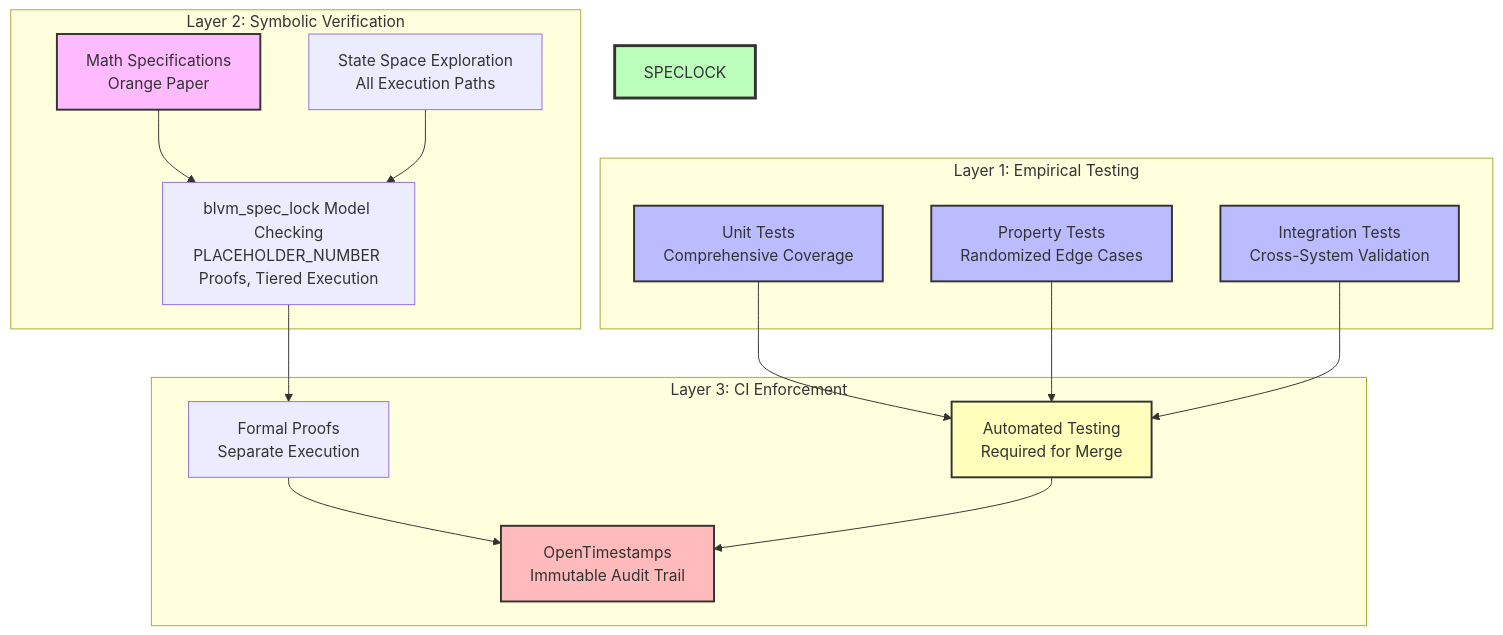
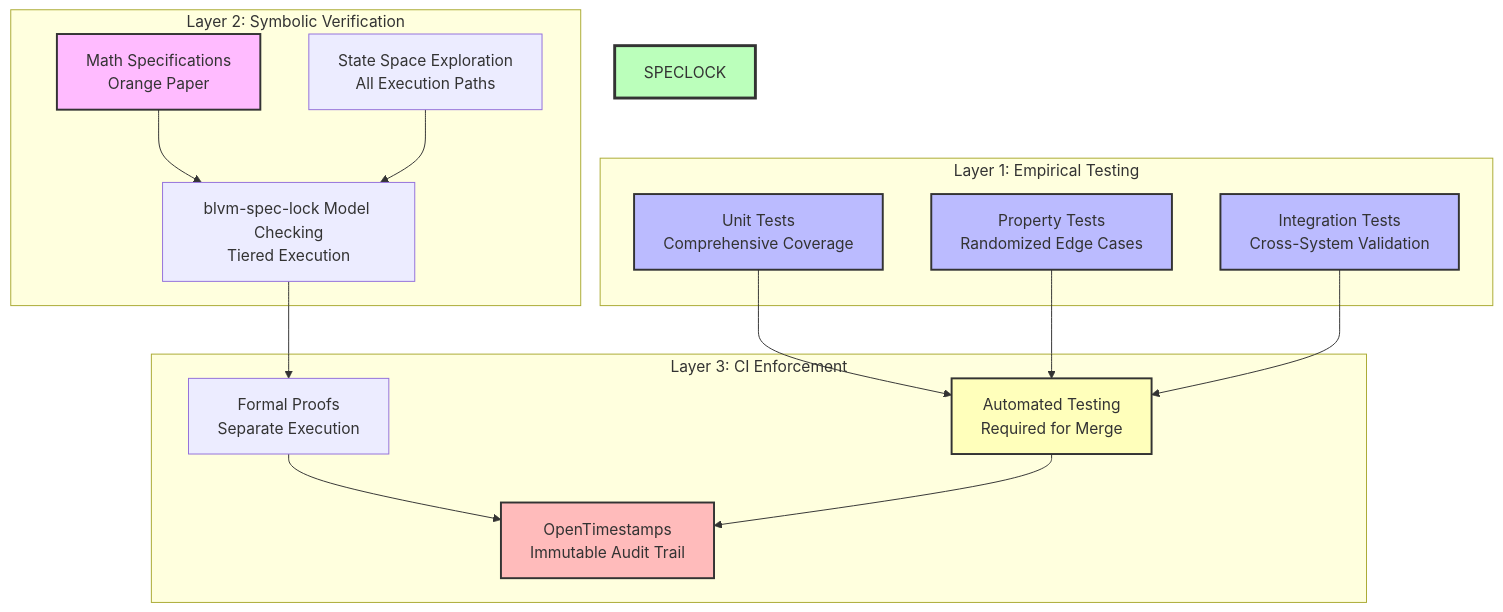
Before and after one commit to BTCDecoded/blvm-docs: the diagram in src/consensus/formal-verification.md, drawn with Mermaid. The commit also changed other lines of this file and 31 other files, not shown here.

````diff
--- a/src/consensus/formal-verification.md
+++ b/src/consensus/formal-verification.md
@@ -9,39 +9,39 @@
 ```mermaid
 graph TB
     subgraph "Layer 1: Empirical Testing"
         UT[Unit Tests<br/>Comprehensive Coverage]
         PT[Property Tests<br/>Randomized Edge Cases]
         IT[Integration Tests<br/>Cross-System Validation]
     end
     
     subgraph "Layer 2: Symbolic Verification"
-        blvm_spec_lock[blvm_spec_lock Model Checking<br/>PLACEHOLDER_NUMBER Proofs, Tiered Execution]
+        blvm-spec-lock[blvm-spec-lock Model Checking<br/>Tiered Execution]
         SPEC[Math Specifications<br/>Orange Paper]
         SSE[State Space Exploration<br/>All Execution Paths]
     end
     
     subgraph "Layer 3: CI Enforcement"
         AUTO[Automated Testing<br/>Required for Merge]
         PROOF[Formal Proofs<br/>Separate Execution]
         OTS[OpenTimestamps<br/>Immutable Audit Trail]
     end
     
     UT --> AUTO
     PT --> AUTO
     IT --> AUTO
     
-    blvm_spec_lock --> PROOF
-    SPEC --> blvm_spec_lock
-    SSE --> blvm_spec_lock
+    blvm-spec-lock --> PROOF
+    SPEC --> blvm-spec-lock
+    SSE --> blvm-spec-lock
     
     PROOF --> OTS
     AUTO --> OTS
     
     style UT fill:#bbf,stroke:#333,stroke-width:2px
     style PT fill:#bbf,stroke:#333,stroke-width:2px
     style IT fill:#bbf,stroke:#333,stroke-width:2px
     style SPECLOCK fill:#bfb,stroke:#333,stroke-width:3px
     style SPEC fill:#fbf,stroke:#333,stroke-width:2px
     style AUTO fill:#ffb,stroke:#333,stroke-width:2px
     style OTS fill:#fbb,stroke:#333,stroke-width:2px
 ```
````
